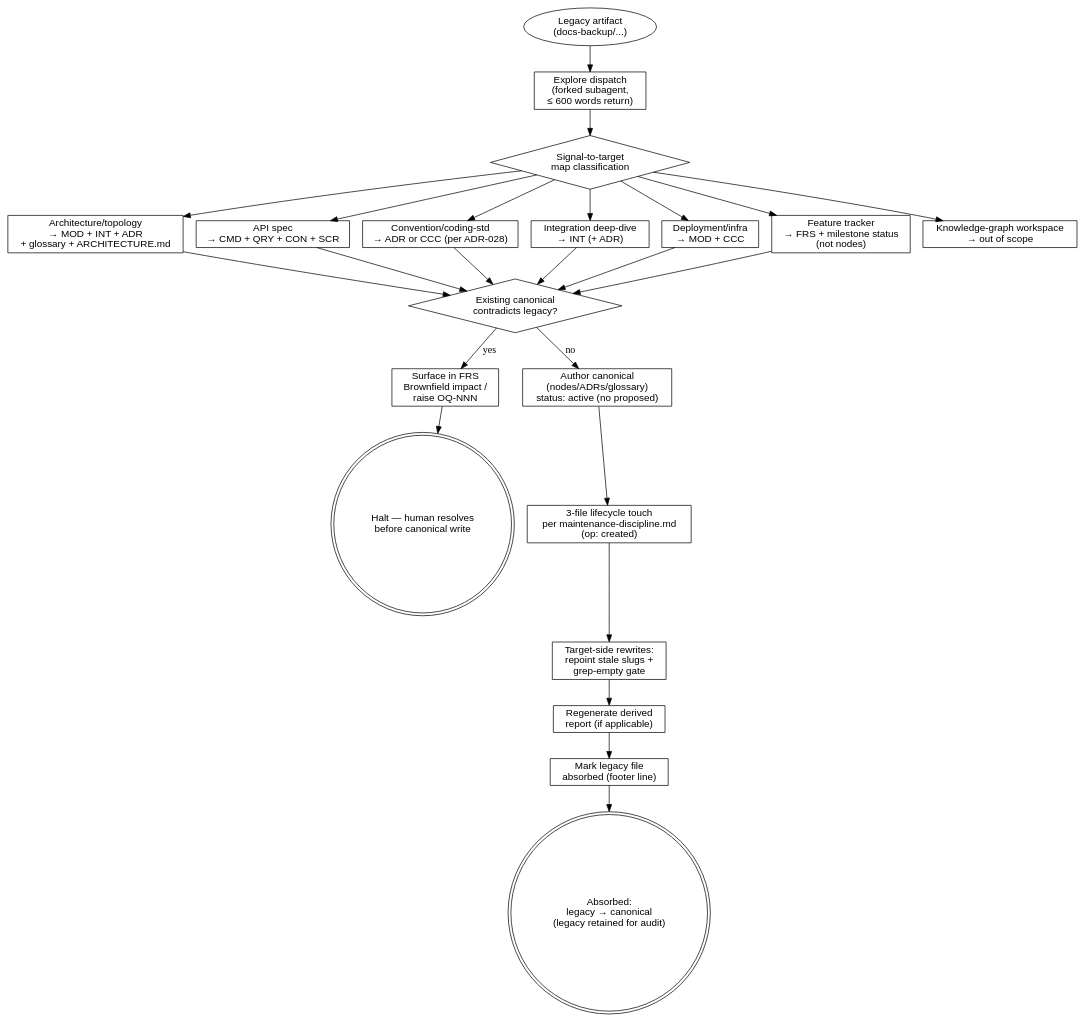
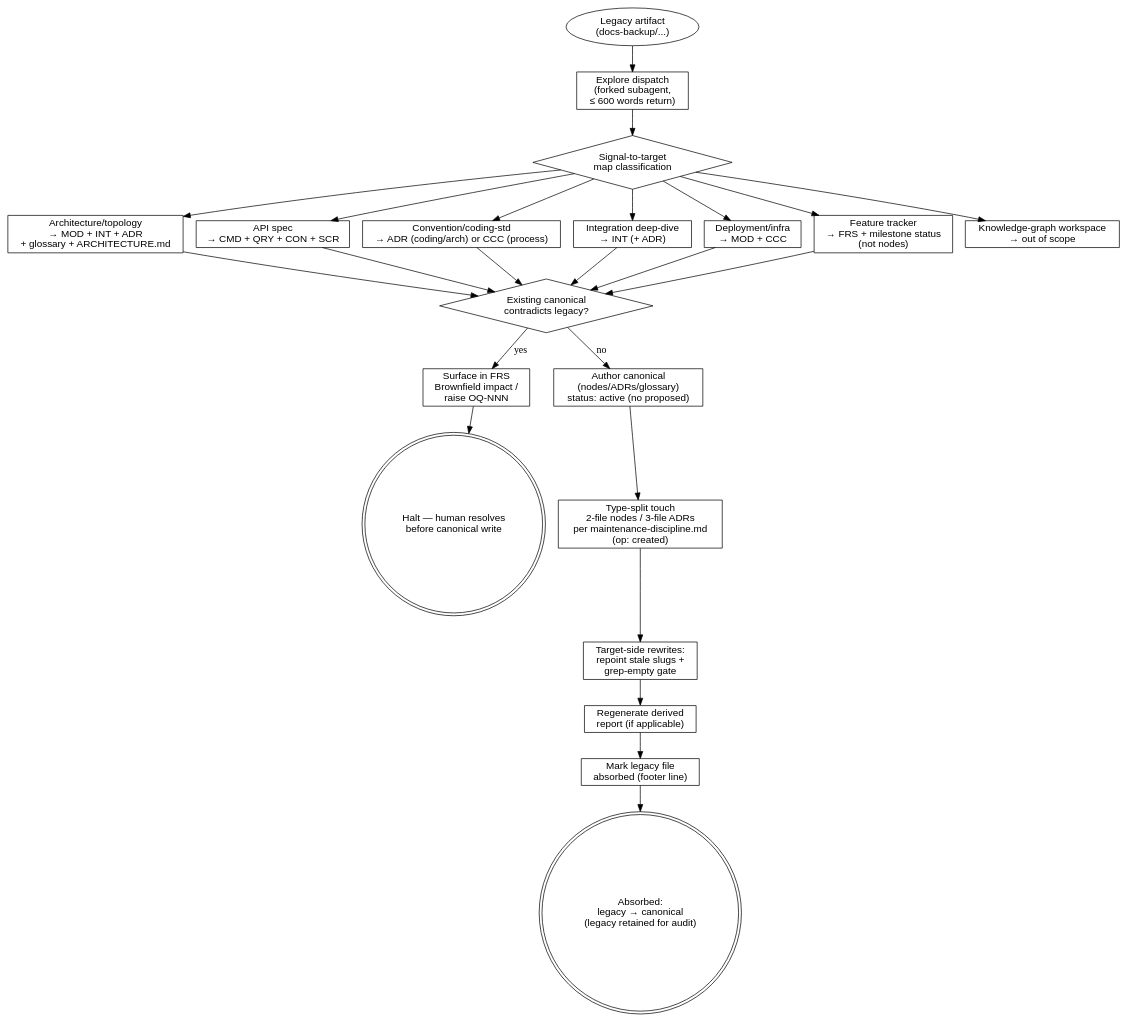
Before and after one commit to thapaliyabikendra/agentic-dev-workspace: the diagram in sdlc/workflow/legacy-absorption.md, drawn with Graphviz. The commit also changed other lines of this file and 60 other files, not shown here.

First line of the commit message:
add CCC (cross-cutting concerns) as fourth governance type

````diff
--- a/sdlc/workflow/legacy-absorption.md
+++ b/sdlc/workflow/legacy-absorption.md
@@ -46,54 +48,54 @@
 ```dot
 digraph legacy_absorption {
     rankdir=TB;
     node [fontname="Helvetica"];
 
     legacy   [shape=oval,    label="Legacy artifact\n(docs-backup/...)"];
     forked   [shape=box,     label="Explore dispatch\n(forked subagent,\n≤ 600 words return)"];
     classify [shape=diamond, label="Signal-to-target\nmap classification"];
 
     arch     [shape=box,     label="Architecture/topology\n→ MOD + INT + ADR\n+ glossary + ARCHITECTURE.md"];
     api      [shape=box,     label="API spec\n→ CMD + QRY + CON + SCR"];
-    convn    [shape=box,     label="Convention/coding-std\n→ ADR or CCC (per ADR-028)"];
+    convn    [shape=box,     label="Convention/coding-std\n→ ADR (coding/arch) or CCC (process)"];
     integ    [shape=box,     label="Integration deep-dive\n→ INT (+ ADR)"];
     infra    [shape=box,     label="Deployment/infra\n→ MOD + CCC"];
     track    [shape=box,     label="Feature tracker\n→ FRS + milestone status\n(not nodes)"];
     none     [shape=box,     label="Knowledge-graph workspace\n→ out of scope"];
 
     conflict [shape=diamond, label="Existing canonical\ncontradicts legacy?"];
     surface  [shape=box,     label="Surface in FRS\nBrownfield impact /\nraise OQ-NNN"];
     halt     [shape=doublecircle, label="Halt — human resolves\nbefore canonical write"];
 
     authcan  [shape=box,     label="Author canonical\n(nodes/ADRs/glossary)\nstatus: active (no proposed)"];
-    touch    [shape=box,     label="3-file lifecycle touch\nper maintenance-discipline.md\n(op: created)"];
+    touch    [shape=box,     label="Type-split touch\n2-file nodes / 3-file ADRs\nper maintenance-discipline.md\n(op: created)"];
     rewrite  [shape=box,     label="Target-side rewrites:\nrepoint stale slugs +\ngrep-empty gate"];
     deriv    [shape=box,     label="Regenerate derived\nreport (if applicable)"];
     foot     [shape=box,     label="Mark legacy file\nabsorbed (footer line)"];
 
     done     [shape=doublecircle, label="Absorbed:\nlegacy → canonical\n(legacy retained for audit)"];
 
     legacy   -> forked;
     forked   -> classify;
     classify -> arch;
     classify -> api;
     classify -> convn;
     classify -> integ;
     classify -> infra;
     classify -> track;
     classify -> none;
     arch     -> conflict;
     api      -> conflict;
     convn    -> conflict;
     integ    -> conflict;
     infra    -> conflict;
     track    -> conflict;
     conflict -> surface  [label="yes"];
     conflict -> authcan  [label="no"];
     surface  -> halt;
     authcan  -> touch;
     touch    -> rewrite;
     rewrite  -> deriv;
     deriv    -> foot;
     foot     -> done;
 }
 ```
````
